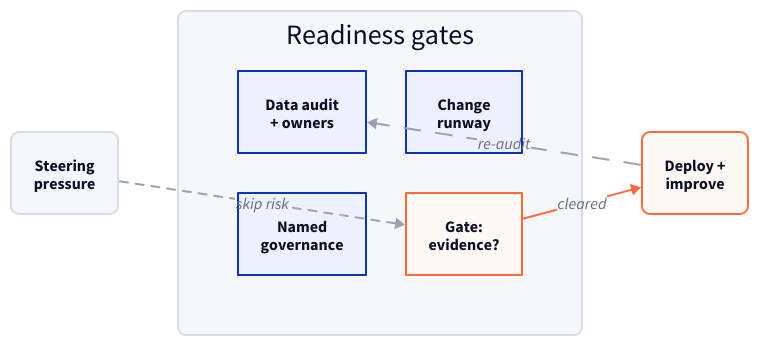
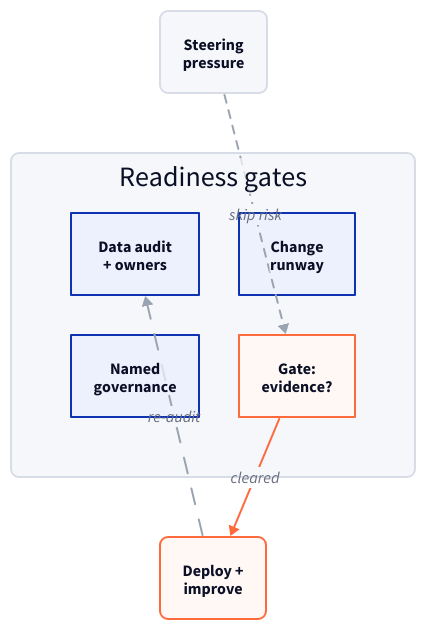
Before and after one commit to petralian/Petralian: the diagram in content/posts/why-your-ai-program-may-fail-before-it-starts.md, drawn with D2. The commit also changed other lines of this file and 108 other files, not shown here.

First line of the commit message:
﻿Improve article readability, outline nav, D2 diagrams, and Writing browse.

````diff
--- a/content/posts/why-your-ai-program-may-fail-before-it-starts.md
+++ b/content/posts/why-your-ai-program-may-fail-before-it-starts.md
@@ -93,43 +107,43 @@
 ```d2
-direction: down
+direction: right
 
 PRESSURE: "Steering\npressure" {
   style.fill: "#f5f7fa"
   style.stroke: "#d8dce6"
   style.border-radius: 8
 }
 
 GATES: "Readiness gates" {
   direction: down
   grid-columns: 2
   style.fill: "#f5f7fa"
   style.stroke: "#d8dce6"
   style.border-radius: 8
 
   DATA: "Data audit\n+ owners"
   GOV: "Named\ngovernance"
   CHANGE: "Change\nrunway"
   HOLD: "Gate:\nevidence?" {
     style.fill: "#fff8f5"
     style.stroke: "#ff6a3d"
   }
 }
 
 DEPLOY: "Deploy +\nimprove" {
   style.fill: "#fff8f5"
   style.stroke: "#ff6a3d"
   style.border-radius: 8
 }
 
 PRESSURE -> GATES.HOLD: "skip risk" {
   style.stroke: "#9aa3b2"
   style.stroke-dash: 4
 }
 GATES.HOLD -> DEPLOY: "cleared" {
   style.stroke: "#ff6a3d"
 }
 DEPLOY -> GATES.DATA: "re-audit" {
   style.stroke-dash: 8
   style.stroke: "#9aa3b2"
 }
 ```
````
